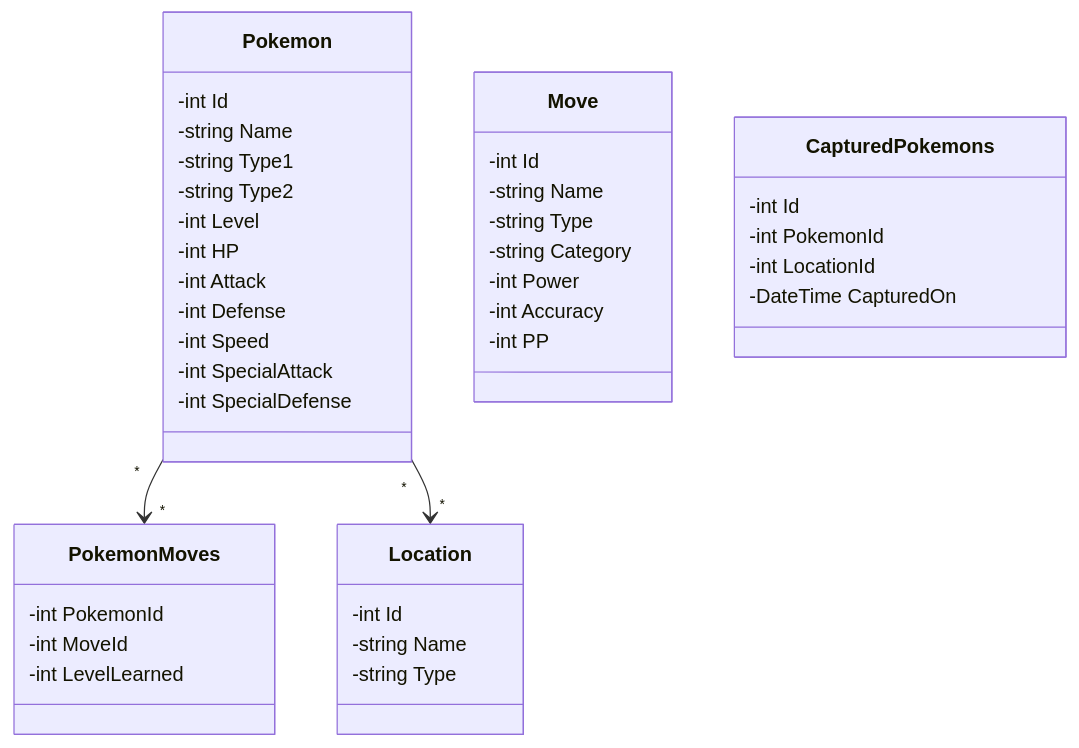
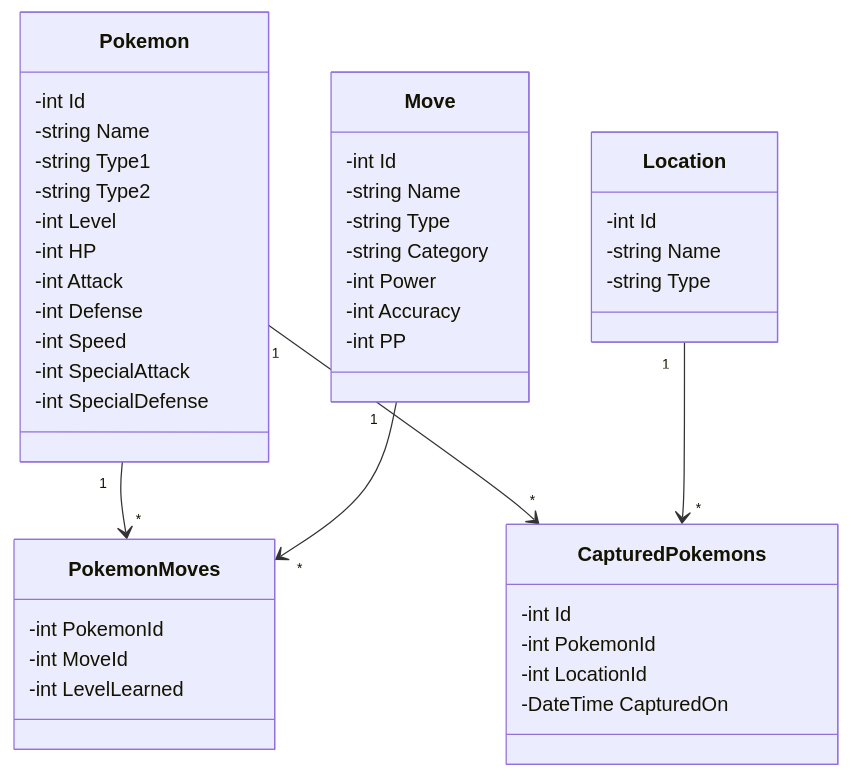
Before and after one commit to DivyenduDutta/UnovaJournal: the first of 2 diagrams in README.md, drawn with Mermaid.

Commit message:
[DOC] Update UML diagram
Updated UML diagram to reflect table relationships more accurately

````diff
--- a/README.md
+++ b/README.md
@@ -39,48 +39,50 @@
 ```mermaid
 classDiagram
     class Pokemon {
       -int Id
       -string Name 
       -string Type1
       -string Type2
       -int Level
       -int HP
       -int Attack
       -int Defense
       -int Speed
       -int SpecialAttack
       -int SpecialDefense
     }
 
     class Move {
       -int Id
       -string Name
       -string Type
       -string Category
       -int Power
       -int Accuracy
       -int PP
     }
 
     class PokemonMoves {
       -int PokemonId
       -int MoveId
       -int LevelLearned
     }
     
     class Location {
       -int Id
       -string Name
       -string Type
     }
     
     class CapturedPokemons {
       -int Id
       -int PokemonId
       -int LocationId
       -DateTime CapturedOn
     }
 
-    Pokemon "*" --> "*" PokemonMoves
-    Pokemon "*" --> "*" Location
+    Pokemon "1" --> "*" PokemonMoves
+    Move "1" --> "*" PokemonMoves
+    Pokemon "1" --> "*" CapturedPokemons
+    Location "1" --> "*" CapturedPokemons
 ```
````
